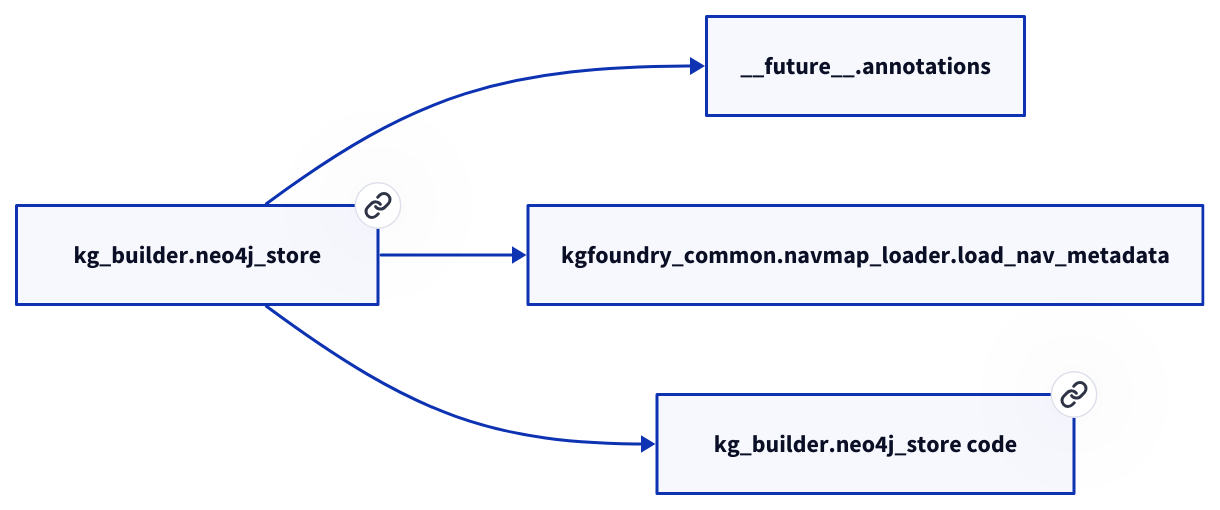
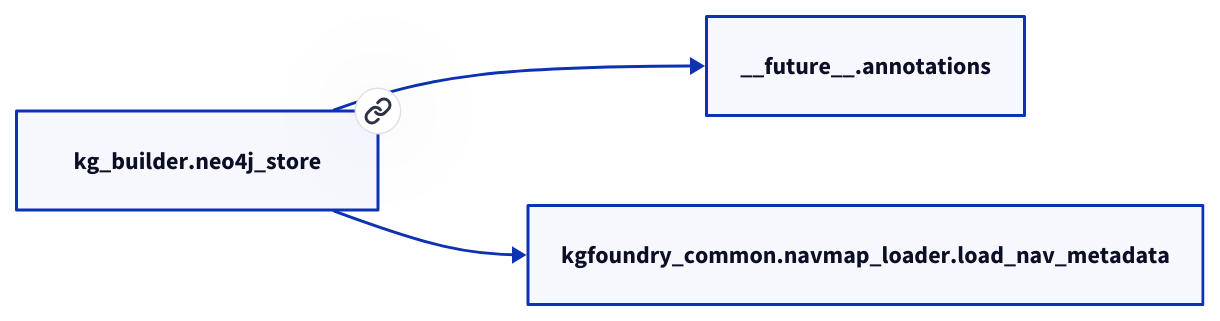
The second of 2 diagrams in docs/modules/kg_builder/neo4j_store.md (paul-heyse/kgforge), drawn with D2 before and after one commit. The commit also changed other lines of this file and 118 other files, not shown here.

````diff
--- a/docs/modules/kg_builder/neo4j_store.md
+++ b/docs/modules/kg_builder/neo4j_store.md
@@ -34,10 +32,8 @@
 ```d2
 direction: right
-"kg_builder.neo4j_store": "kg_builder.neo4j_store" { link: "./kg_builder/neo4j_store.md" }
+"kg_builder.neo4j_store": "kg_builder.neo4j_store" { link: "neo4j_store.md" }
 "__future__.annotations": "__future__.annotations"
 "kg_builder.neo4j_store" -> "__future__.annotations"
 "kgfoundry_common.navmap_loader.load_nav_metadata": "kgfoundry_common.navmap_loader.load_nav_metadata"
 "kg_builder.neo4j_store" -> "kgfoundry_common.navmap_loader.load_nav_metadata"
-"kg_builder.neo4j_store_code": "kg_builder.neo4j_store code" { link: "https://github.com/kgfoundry/kgfoundry/blob/main/src/kg_builder/neo4j_store.py" }
-"kg_builder.neo4j_store" -> "kg_builder.neo4j_store_code" { style: dashed }
 ```
````
